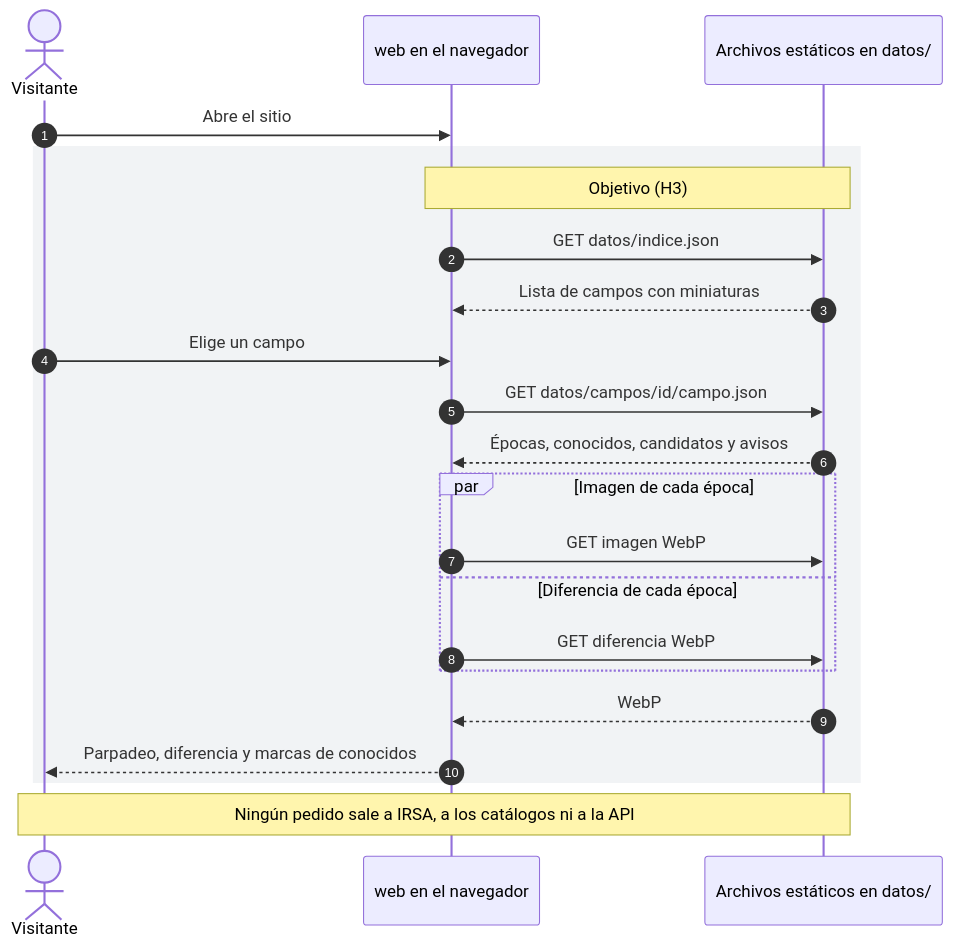
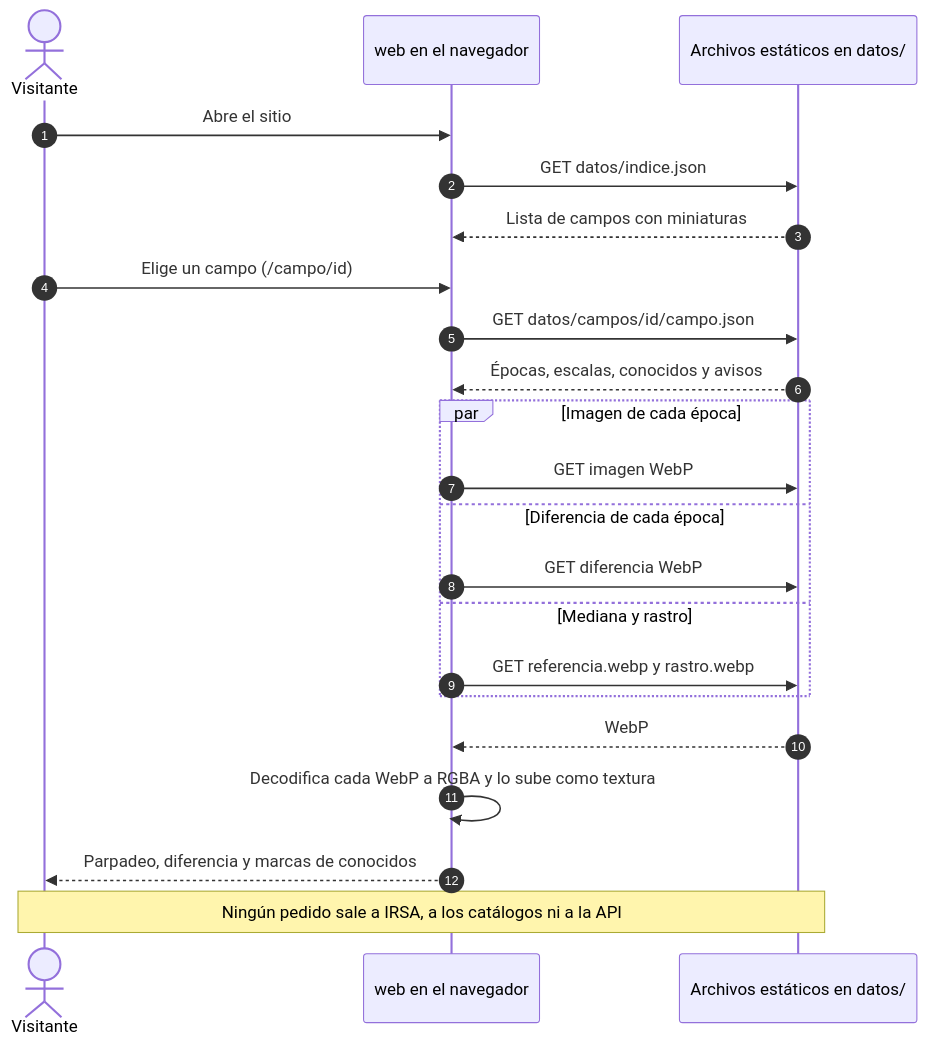
One commit to lautaromoreyraa/spherex-blink changed the sixth of 11 diagrams in README.md. Above: the diagram before and after it, drawn with Mermaid. The commit also changed other lines of this file and 1 other file, not shown here.

````diff
--- a/README.md
+++ b/README.md
@@ -274,25 +279,25 @@
 ```mermaid
 sequenceDiagram
     autonumber
     actor U as Visitante
     participant W as web en el navegador
     participant E as Archivos estáticos en datos/
 
     U->>W: Abre el sitio
-    rect rgb(241, 243, 245)
-        Note over W,E: Objetivo (H3)
-        W->>E: GET datos/indice.json
-        E-->>W: Lista de campos con miniaturas
-        U->>W: Elige un campo
-        W->>E: GET datos/campos/id/campo.json
-        E-->>W: Épocas, conocidos, candidatos y avisos
-        par Imagen de cada época
-            W->>E: GET imagen WebP
-        and Diferencia de cada época
-            W->>E: GET diferencia WebP
-        end
-        E-->>W: WebP
-        W-->>U: Parpadeo, diferencia y marcas de conocidos
+    W->>E: GET datos/indice.json
+    E-->>W: Lista de campos con miniaturas
+    U->>W: Elige un campo (/campo/id)
+    W->>E: GET datos/campos/id/campo.json
+    E-->>W: Épocas, escalas, conocidos y avisos
+    par Imagen de cada época
+        W->>E: GET imagen WebP
+    and Diferencia de cada época
+        W->>E: GET diferencia WebP
+    and Mediana y rastro
+        W->>E: GET referencia.webp y rastro.webp
     end
+    E-->>W: WebP
+    W->>W: Decodifica cada WebP a RGBA y lo sube como textura
+    W-->>U: Parpadeo, diferencia y marcas de conocidos
     Note over U,E: Ningún pedido sale a IRSA, a los catálogos ni a la API
 ```
````
